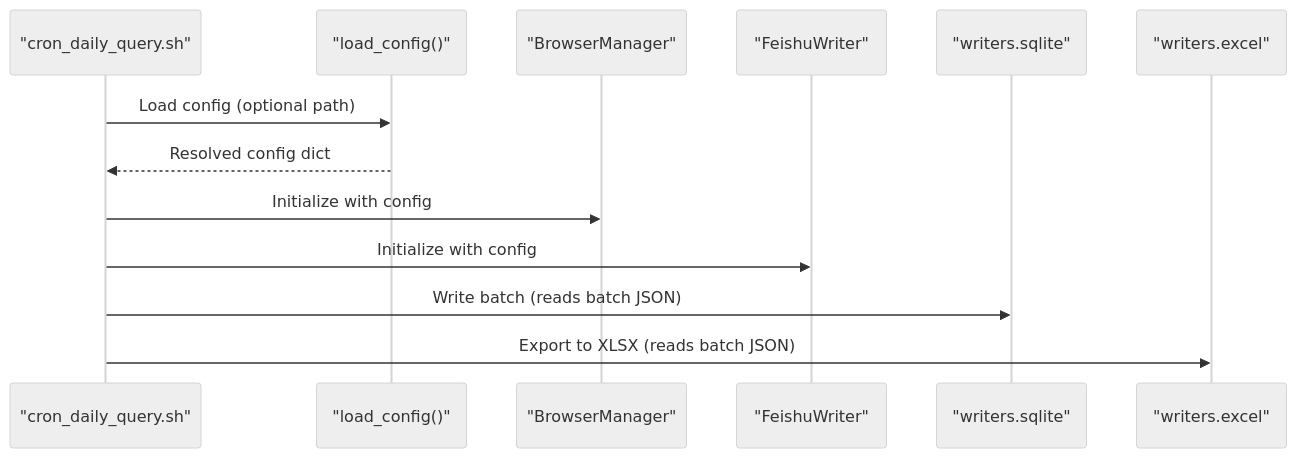
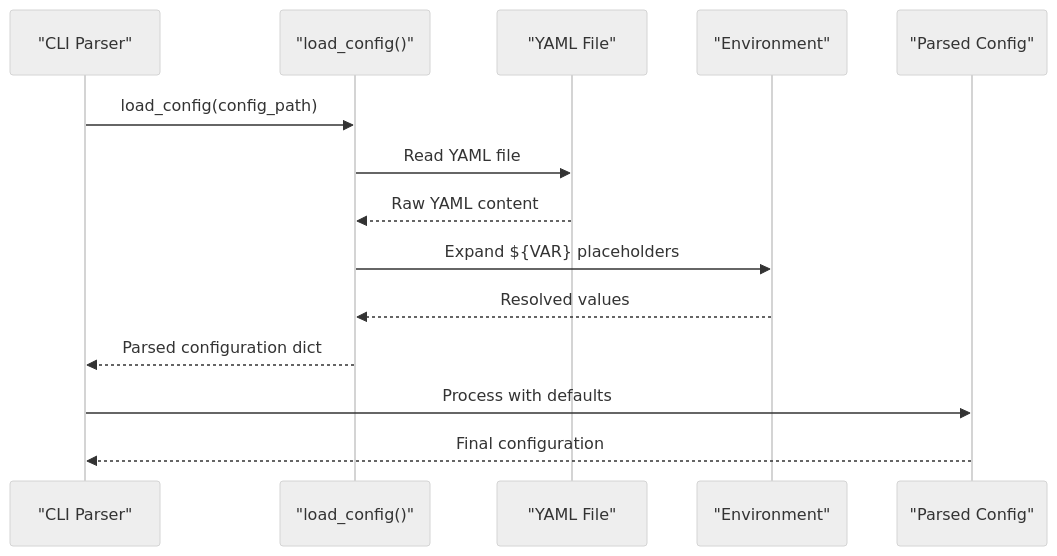
One commit to supotato-ipj/zxgk_auto_query-skill changed the second of 3 diagrams in .qoder/repowiki/en/content/Configuration Management.md. Above: the diagram before and after it, drawn with Mermaid (neutral theme). The commit also changed other lines of this file and 24 other files, not shown here.

````diff
--- a/.qoder/repowiki/en/content/Configuration Management.md
+++ b/.qoder/repowiki/en/content/Configuration Management.md
@@ -99,15 +120,16 @@
 ```mermaid
 sequenceDiagram
-participant Script as "cron_daily_query.sh"
-participant Loader as "load_config()"
-participant Browser as "BrowserManager"
-participant Feishu as "FeishuWriter"
-participant SQLite as "writers.sqlite"
-participant Excel as "writers.excel"
-Script->>Loader : Load config (optional path)
-Loader-->>Script : Resolved config dict
-Script->>Browser : Initialize with config
-Script->>Feishu : Initialize with config
-Script->>SQLite : Write batch (reads batch JSON)
-Script->>Excel : Export to XLSX (reads batch JSON)
+participant CLI as "CLI Parser"
+participant Config as "load_config()"
+participant YAML as "YAML File"
+participant Env as "Environment"
+participant Parsed as "Parsed Config"
+CLI->>Config : load_config(config_path)
+Config->>YAML : Read YAML file
+YAML-->>Config : Raw YAML content
+Config->>Env : Expand ${VAR} placeholders
+Env-->>Config : Resolved values
+Config-->>CLI : Parsed configuration dict
+CLI->>Parsed : Process with defaults
+Parsed-->>CLI : Final configuration
 ```
````
